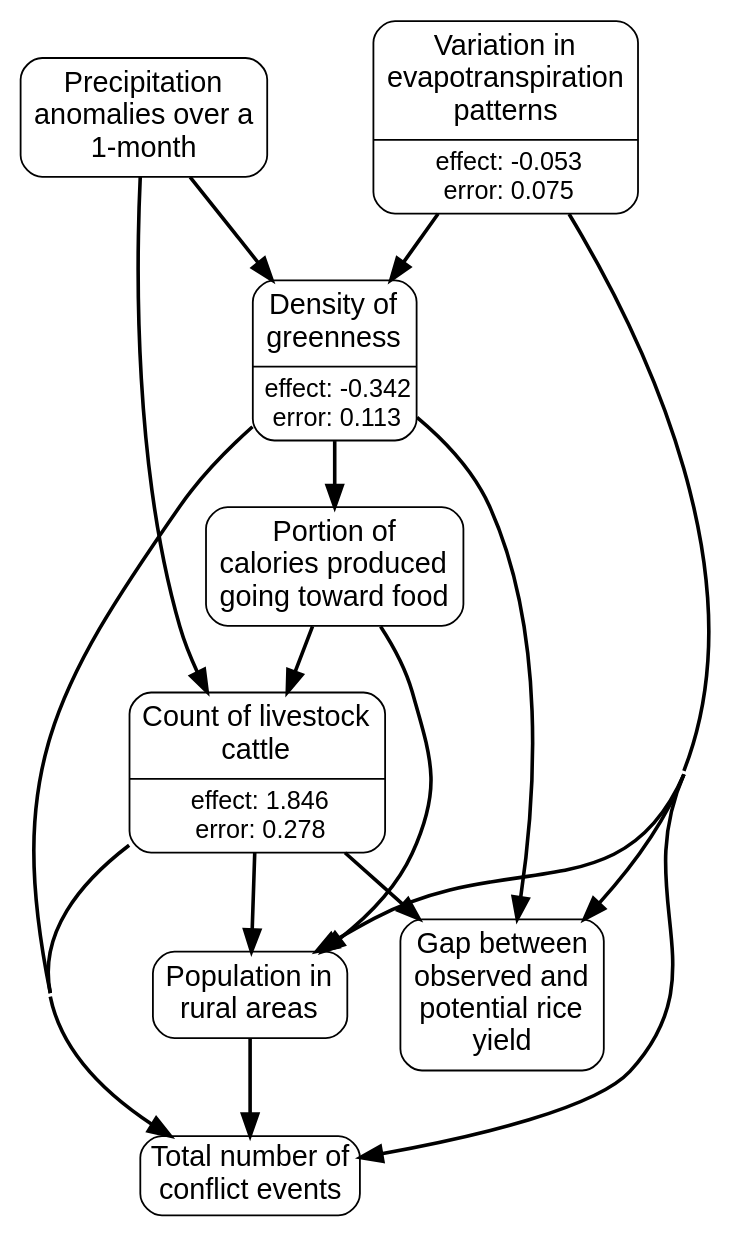
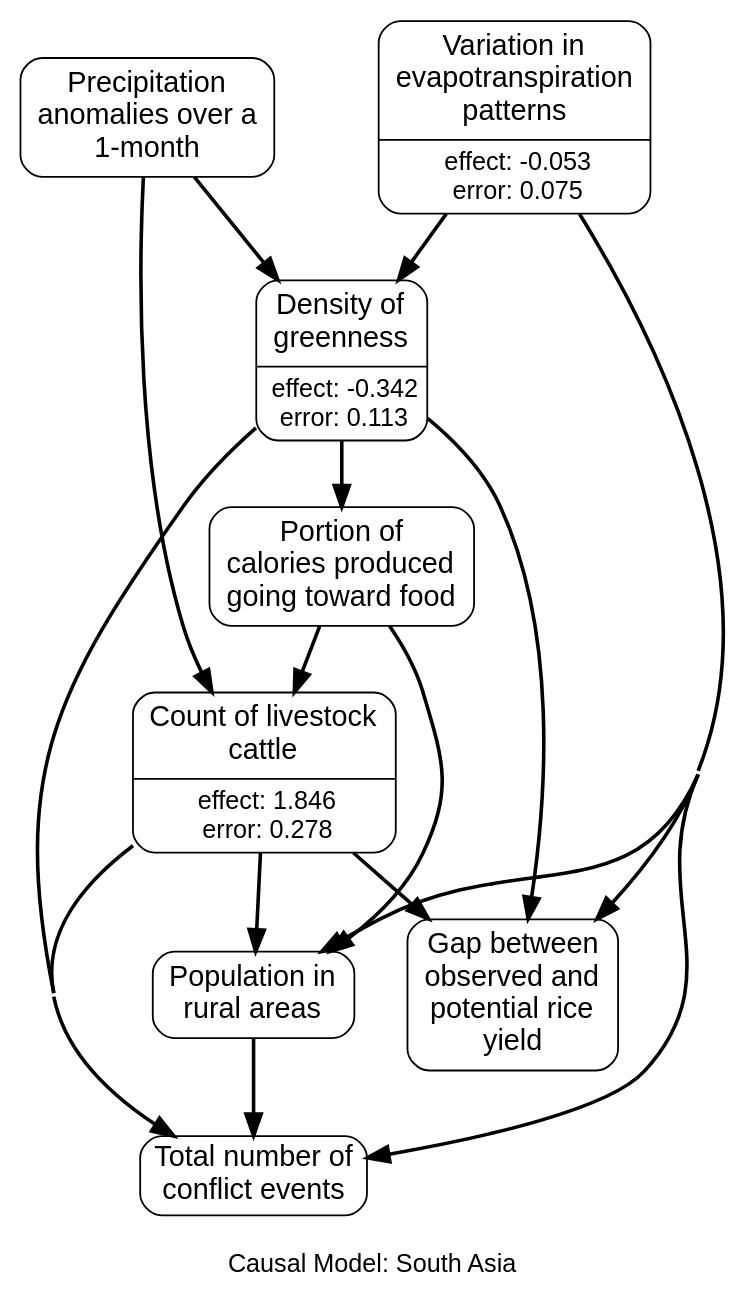
Before and after one commit to wri/wri-wpsi: the diagram in app/javascript/images/regions/causal_graphs/south_asia.gv, drawn with Graphviz. The commit also changed 16 other files, not shown here.

```diff
--- a/app/javascript/images/regions/causal_graphs/south_asia.gv
+++ b/app/javascript/images/regions/causal_graphs/south_asia.gv
@@ -1,63 +1,67 @@
 # generated file for region: south_asia by CausalModelRegionGenerator
 strict digraph causalModel {
+fontname="Helvetica, Arial, sans-serif";
+label="
+Causal Model: South Asia";
+labelloc = b;
 nodesep = 0.4;
 concentrate = true;
-node[shape = Mrecord, fontname = "Helvetica, Arial, sans-serif", margin = "0.07,0.05", penwidth = 1.0];
+node[shape = Mrecord, fontname = "Helvetica, Arial, sans-serif", margin = "0.10,0.06", penwidth = 1.0];
 edge[arrowsize = 1.2, penwidth = 2];
 
 # nodes
 et_anom_m_STD_m [label = <{<table align="center" border="0" cellspacing="1" cellpadding="1">
 <tr><td><font point-size="16">Variation in<br/>evapotranspiration<br/>patterns<br/></font></td></tr>
 </table>
 |<table border="0" cellspacing="1" cellpadding="0.5"><tr><td><font point-size="14">effect: -0.053</font></td></tr>
 <tr><td><font point-size="14">error: 0.075</font></td></tr></table>}>, class = rankA];
 DeliveredkcalFraction_s [label = <<table align="center" border="0" cellspacing="1" cellpadding="1">
 <tr><td><font point-size="16">Portion of<br/>calories produced<br/>going toward food<br/></font></td></tr>
 </table>
 >, class = rankB];
 ndvi_act_med_m [label = <{<table align="center" border="0" cellspacing="1" cellpadding="1">
 <tr><td><font point-size="16">Density of<br/>greenness<br/></font></td></tr>
 </table>
 |<table border="0" cellspacing="1" cellpadding="0.5"><tr><td><font point-size="14">effect: -0.342</font></td></tr>
 <tr><td><font point-size="14">error: 0.113</font></td></tr></table>}>, class = rankB];
 cattle_number_s [label = <{<table align="center" border="0" cellspacing="1" cellpadding="1">
 <tr><td><font point-size="16">Count of livestock<br/>cattle<br/></font></td></tr>
 </table>
 |<table border="0" cellspacing="1" cellpadding="0.5"><tr><td><font point-size="14">effect: 1.846</font></td></tr>
 <tr><td><font point-size="14">error: 0.278</font></td></tr></table>}>, class = rankB];
 spi_1_f2_m [label = <<table align="center" border="0" cellspacing="1" cellpadding="1">
 <tr><td><font point-size="16">Precipitation<br/>anomalies over a<br/>1-month<br/></font></td></tr>
 </table>
 >, class = rankA];
 yield_gap_rice_s [label = <<table align="center" border="0" cellspacing="1" cellpadding="1">
 <tr><td><font point-size="16">Gap between<br/>observed and<br/>potential rice<br/>yield<br/></font></td></tr>
 </table>
 >, class = rankB];
 rurpop_s [label = <<table align="center" border="0" cellspacing="1" cellpadding="1">
 <tr><td><font point-size="16">Population in<br/>rural areas<br/></font></td></tr>
 </table>
 >, class = rankB];
 acl_sum_evnt_m [label = "Total number of
 conflict events", class = rankC, shape=box, style=rounded, fontsize="16pt"];
 
 #ranks
 {rank=same; et_anom_m_STD_m spi_1_f2_m; }
 
 # links
 et_anom_m_STD_m -> ndvi_act_med_m;
 et_anom_m_STD_m -> yield_gap_rice_s;
 et_anom_m_STD_m -> rurpop_s;
 et_anom_m_STD_m -> acl_sum_evnt_m;
 DeliveredkcalFraction_s -> cattle_number_s;
 DeliveredkcalFraction_s -> rurpop_s;
 ndvi_act_med_m -> DeliveredkcalFraction_s;
 ndvi_act_med_m -> yield_gap_rice_s;
 ndvi_act_med_m -> acl_sum_evnt_m;
 cattle_number_s -> yield_gap_rice_s;
 cattle_number_s -> rurpop_s;
 cattle_number_s -> acl_sum_evnt_m;
 spi_1_f2_m -> ndvi_act_med_m;
 spi_1_f2_m -> cattle_number_s;
 rurpop_s -> acl_sum_evnt_m;
 
 }
```
